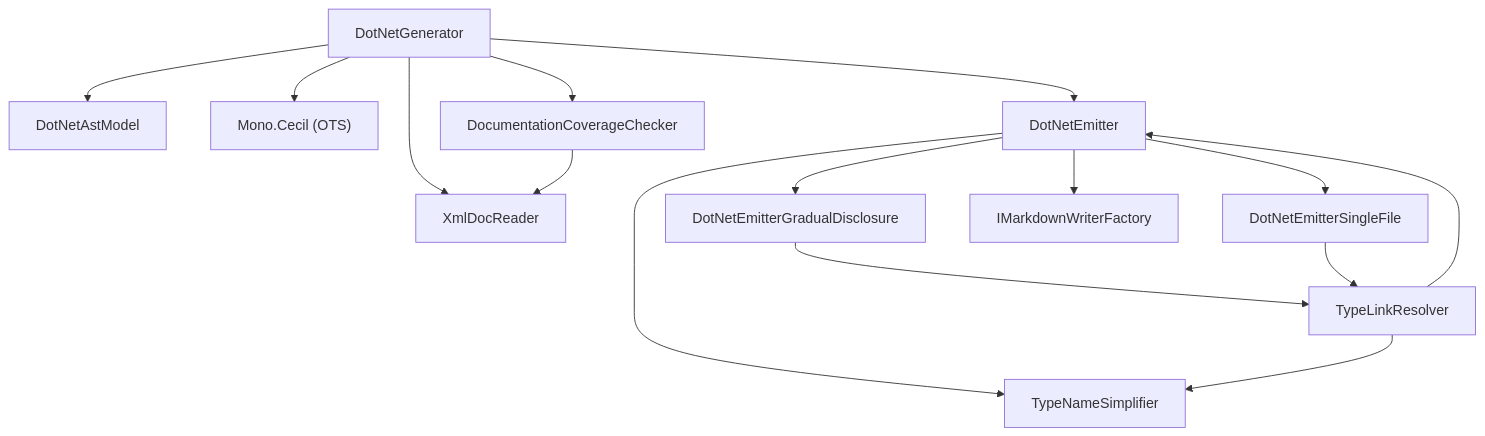
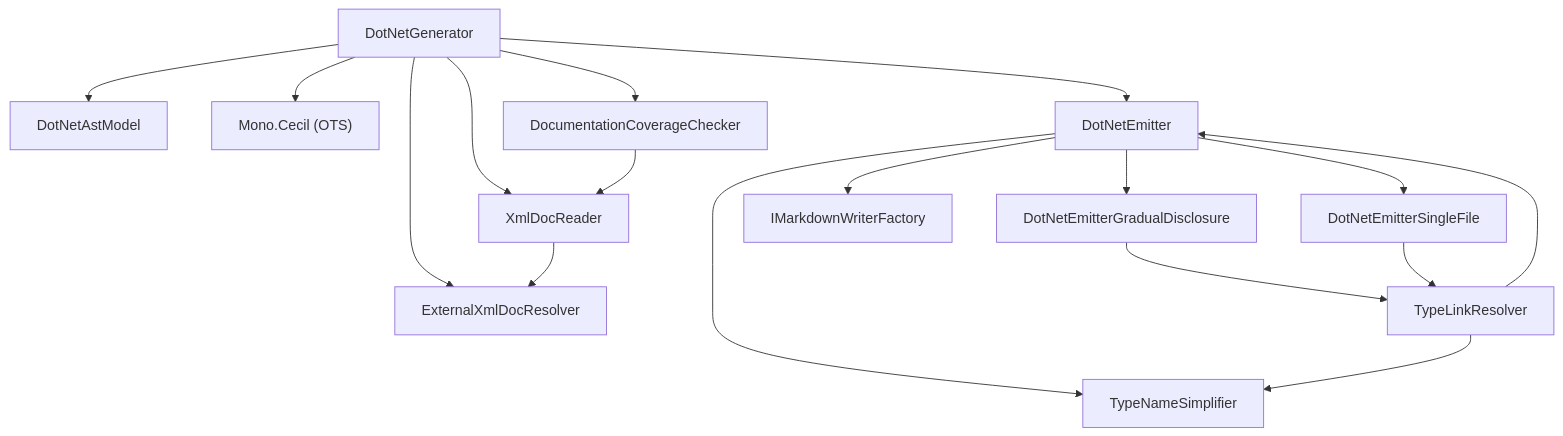
The diagram in docs/design/api-mark-dot-net.md (demaconsulting/ApiMark), drawn with Mermaid before and after one commit. The commit also changed other lines of this file and 74 other files, not shown here.

````diff
--- a/docs/design/api-mark-dot-net.md
+++ b/docs/design/api-mark-dot-net.md
@@ -59,17 +64,19 @@
 ```mermaid
 flowchart TD
     DotNetGenerator --> DotNetAstModel
     DotNetGenerator --> XmlDocReader
+    DotNetGenerator --> ExternalXmlDocResolver
+    XmlDocReader --> ExternalXmlDocResolver
     DotNetGenerator --> MonoCecil["Mono.Cecil (OTS)"]
     DotNetGenerator --> DocumentationCoverageChecker
     DocumentationCoverageChecker --> XmlDocReader
     DotNetEmitter --> DotNetEmitterGradualDisclosure
     DotNetEmitter --> DotNetEmitterSingleFile
     DotNetEmitter --> IMarkdownWriterFactory
     DotNetGenerator --> DotNetEmitter
     DotNetEmitterGradualDisclosure --> TypeLinkResolver
     DotNetEmitterSingleFile --> TypeLinkResolver
     DotNetEmitter --> TypeNameSimplifier
     TypeLinkResolver --> TypeNameSimplifier
     TypeLinkResolver --> DotNetEmitter
 ```
````
